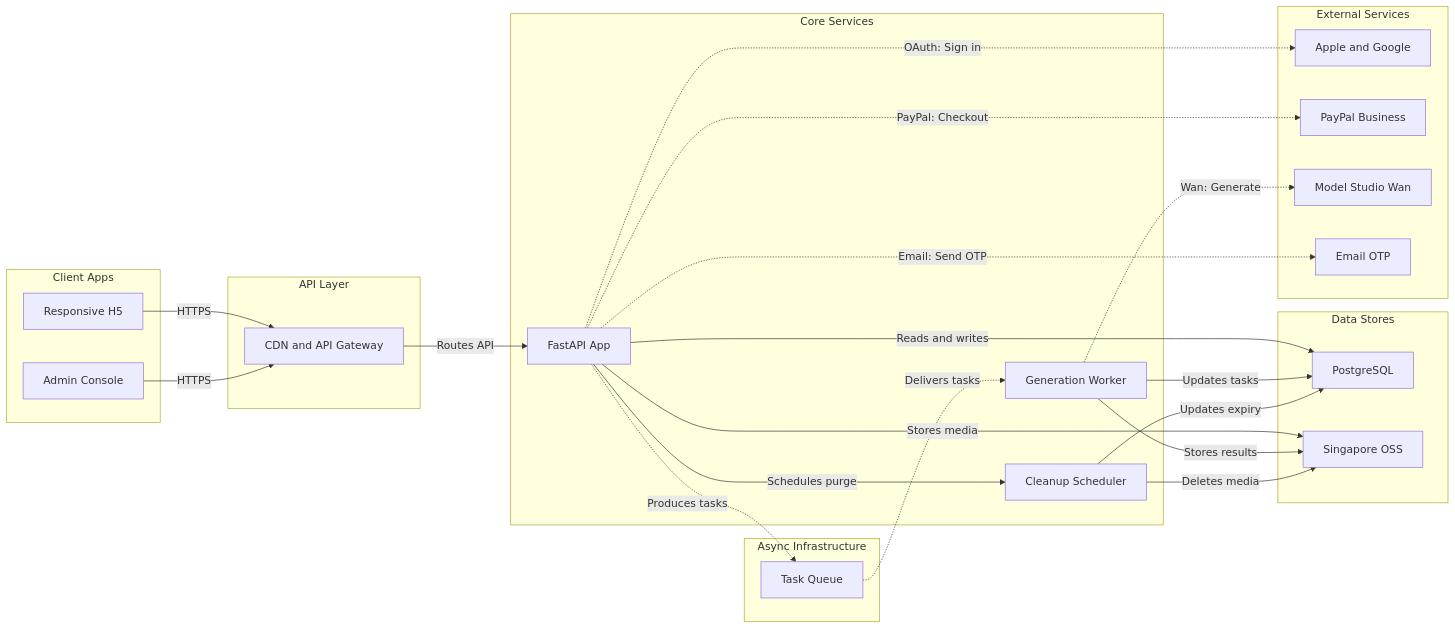
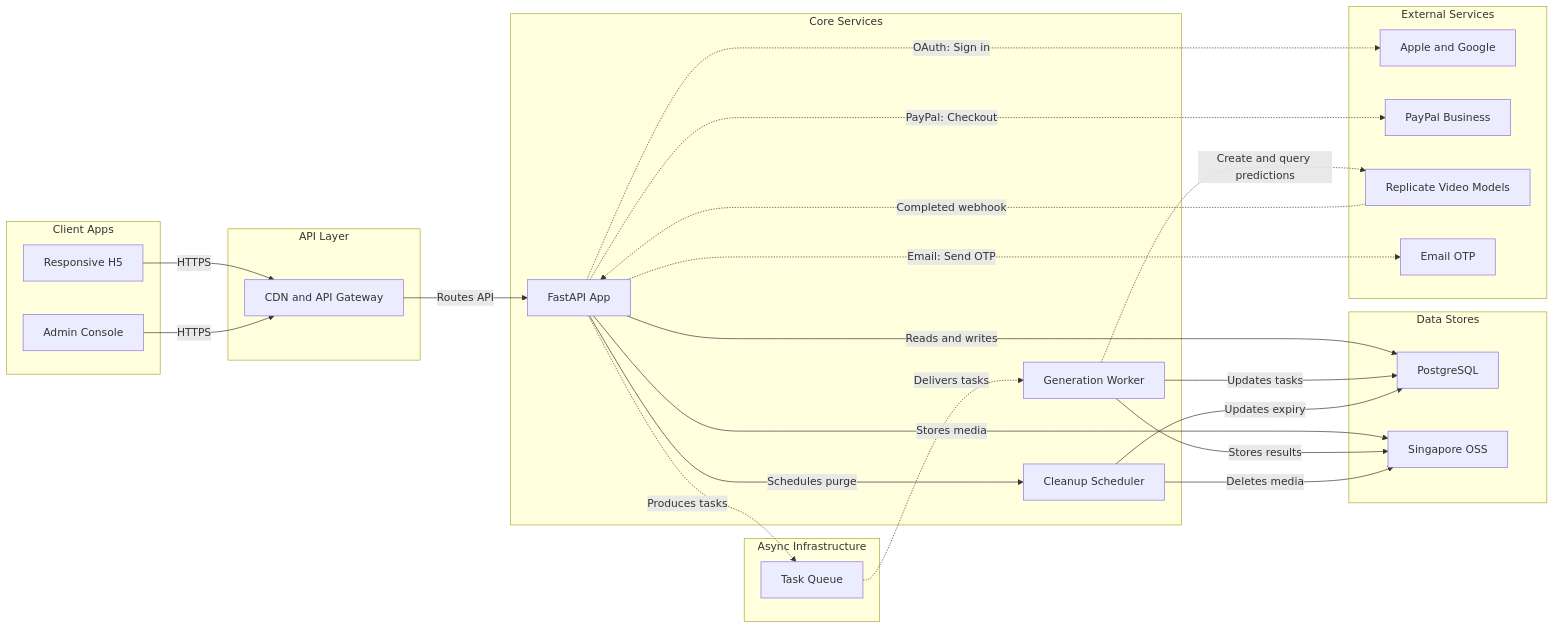
The diagram in outputs/vireal-wan-video-h5/flowcharts/06_system_architecture_v1.0.mmd (houdzaiw/vireal), drawn with Mermaid before and after one commit. The commit also changed other lines of this file and 7 other files, not shown here.

```diff
--- a/outputs/vireal-wan-video-h5/flowcharts/06_system_architecture_v1.0.mmd
+++ b/outputs/vireal-wan-video-h5/flowcharts/06_system_architecture_v1.0.mmd
@@ -1,43 +1,44 @@
 flowchart LR
     subgraph client ["Client Apps"]
         h5[Responsive H5]
         admin[Admin Console]
     end
     subgraph gateway ["API Layer"]
         edge[CDN and API Gateway]
     end
     subgraph service ["Core Services"]
         app[FastAPI App]
         worker[Generation Worker]
         cleanup[Cleanup Scheduler]
     end
     subgraph datastore ["Data Stores"]
         postgres[PostgreSQL]
         oss[Singapore OSS]
     end
     subgraph external ["External Services"]
         oauth[Apple and Google]
         paypal[PayPal Business]
-        wan[Model Studio Wan]
+        replicate[Replicate Video Models]
         email[Email OTP]
     end
     subgraph async ["Async Infrastructure"]
         queue[Task Queue]
     end
 
     h5 -->|"HTTPS"| edge
     admin -->|"HTTPS"| edge
     edge -->|"Routes API"| app
     app -->|"Reads and writes"| postgres
     app -->|"Stores media"| oss
     app -.->|"Produces tasks"| queue
     queue -.->|"Delivers tasks"| worker
     worker -->|"Updates tasks"| postgres
     worker -->|"Stores results"| oss
     app -->|"Schedules purge"| cleanup
     cleanup -->|"Deletes media"| oss
     cleanup -->|"Updates expiry"| postgres
     app -.->|"OAuth: Sign in"| oauth
     app -.->|"PayPal: Checkout"| paypal
     app -.->|"Email: Send OTP"| email
-    worker -.->|"Wan: Generate"| wan
+    worker -.->|"Create and query predictions"| replicate
+    replicate -.->|"Completed webhook"| app
```
